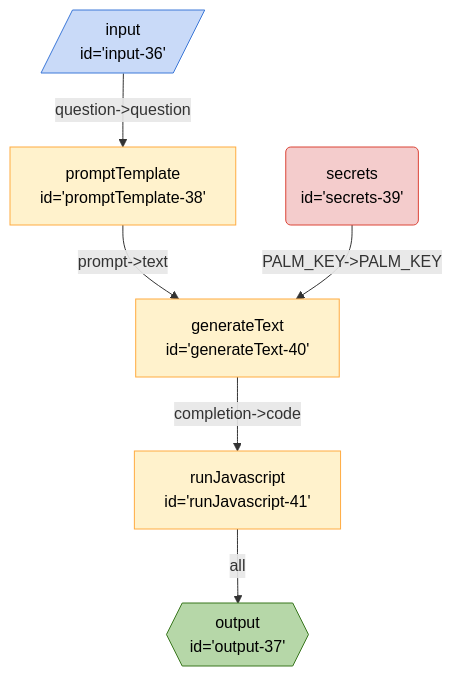
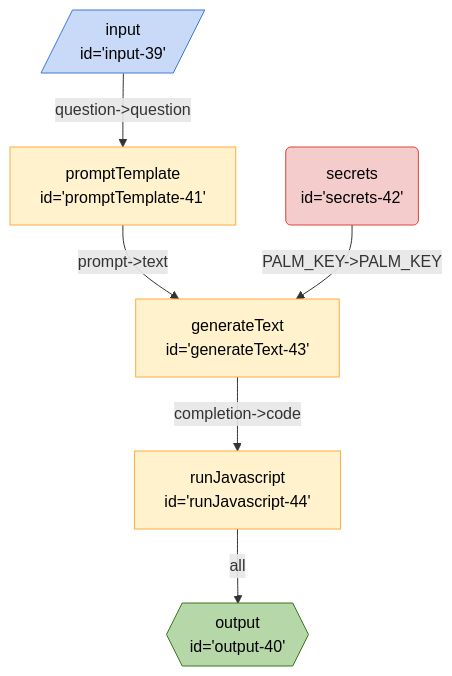
One commit to breadboard-ai/breadboard changed the diagram in seeds/breadboard-web/docs/graphs/new/math-imperative.md. Above: the diagram before and after it, drawn with Mermaid. The commit also changed 19 other files, not shown here.

````diff
--- a/seeds/breadboard-web/docs/graphs/new/math-imperative.md
+++ b/seeds/breadboard-web/docs/graphs/new/math-imperative.md
@@ -3,17 +3,17 @@
 ```mermaid
 %%{init: 'themeVariables': { 'fontFamily': 'Fira Code, monospace' }}%%
 graph TD;
-runJavascript41["runJavascript <br> id='runJavascript-41'"] -- all --> output37{{"output <br> id='output-37'"}}:::output
-generateText40["generateText <br> id='generateText-40'"] -- "completion->code" --> runJavascript41["runJavascript <br> id='runJavascript-41'"]
-promptTemplate38["promptTemplate <br> id='promptTemplate-38'"] -- "prompt->text" --> generateText40["generateText <br> id='generateText-40'"]
-secrets39("secrets <br> id='secrets-39'"):::secrets -- "PALM_KEY->PALM_KEY" --> generateText40["generateText <br> id='generateText-40'"]
-input36[/"input <br> id='input-36'"/]:::input -- "question->question" --> promptTemplate38["promptTemplate <br> id='promptTemplate-38'"]
+runJavascript44["runJavascript <br> id='runJavascript-44'"] -- all --> output40{{"output <br> id='output-40'"}}:::output
+generateText43["generateText <br> id='generateText-43'"] -- "completion->code" --> runJavascript44["runJavascript <br> id='runJavascript-44'"]
+promptTemplate41["promptTemplate <br> id='promptTemplate-41'"] -- "prompt->text" --> generateText43["generateText <br> id='generateText-43'"]
+secrets42("secrets <br> id='secrets-42'"):::secrets -- "PALM_KEY->PALM_KEY" --> generateText43["generateText <br> id='generateText-43'"]
+input39[/"input <br> id='input-39'"/]:::input -- "question->question" --> promptTemplate41["promptTemplate <br> id='promptTemplate-41'"]
 classDef default stroke:#ffab40,fill:#fff2ccff,color:#000
 classDef input stroke:#3c78d8,fill:#c9daf8ff,color:#000
 classDef output stroke:#38761d,fill:#b6d7a8ff,color:#000
 classDef passthrough stroke:#a64d79,fill:#ead1dcff,color:#000
 classDef slot stroke:#a64d79,fill:#ead1dcff,color:#000
 classDef config stroke:#a64d79,fill:#ead1dcff,color:#000
 classDef secrets stroke:#db4437,fill:#f4cccc,color:#000
 classDef slotted stroke:#a64d79
 ```
````
